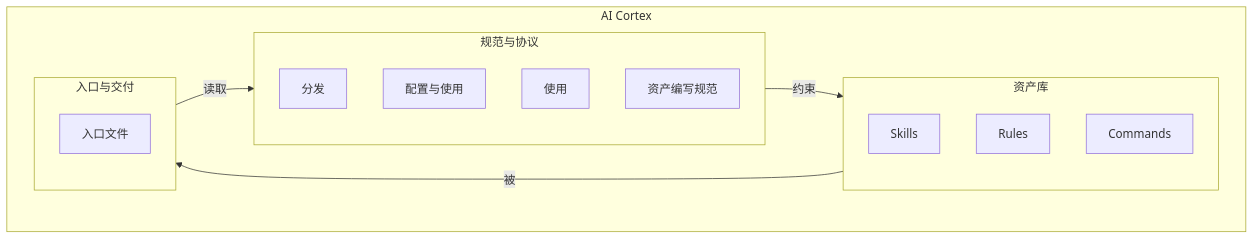
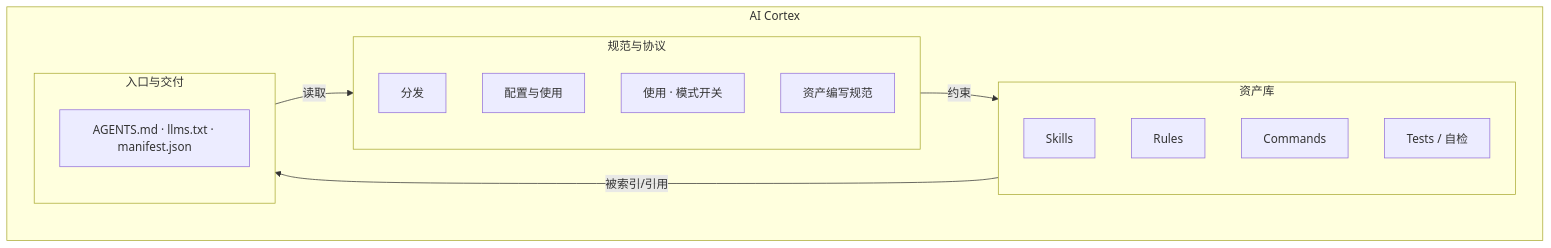
One commit to nesnilnehc/ai-cortex changed the second of 2 diagrams in docs/architecture.md. Above: the diagram before and after it, drawn with Mermaid. The commit also changed other lines of this file and 1 other file, not shown here.

Commit message:
docs: enhance architecture and overview sections in README and architecture.md
- Update the architecture overview in README to clarify asset discovery through multiple entry points (AGENTS.md, llms.txt, manifest.json).
- Revise architecture diagram in architecture.md to reflect changes in asset indexing and usage patterns.
- Add details about testing and self-checking processes for skills, improving documentation clarity and completeness.

````diff
--- a/docs/architecture.md
+++ b/docs/architecture.md
@@ -53,22 +53,23 @@
 ```mermaid
 flowchart TB
   subgraph cortex [AI Cortex]
     subgraph assets [资产库]
       Skills[Skills]
       Rules[Rules]
       Commands[Commands]
+      Tests[Tests / 自检]
     end
     subgraph spec [规范与协议]
       Dist[分发]
       Config[配置与使用]
-      Usage[使用]
+      Usage[使用 · 模式开关]
       AssetSpec[资产编写规范]
     end
     subgraph delivery [入口与交付]
-      Entry[入口文件]
+      Entry[AGENTS.md · llms.txt · manifest.json]
     end
   end
   spec -->|约束| assets
-  assets -->|被| delivery
+  assets -->|被索引/引用| delivery
   delivery -->|读取| spec
 ```
````
